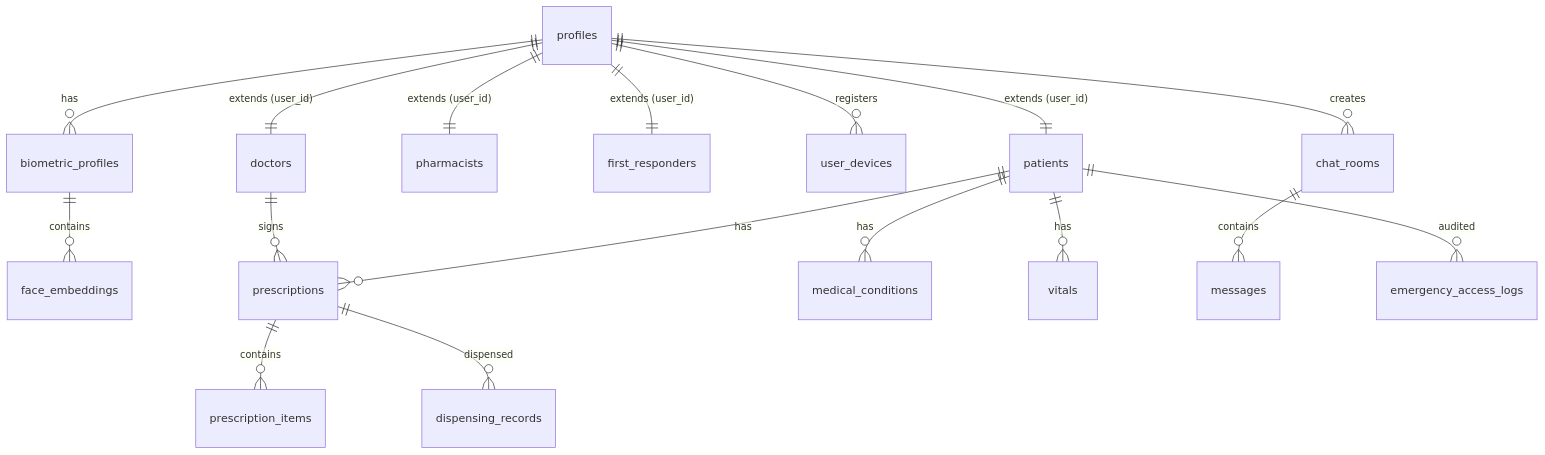
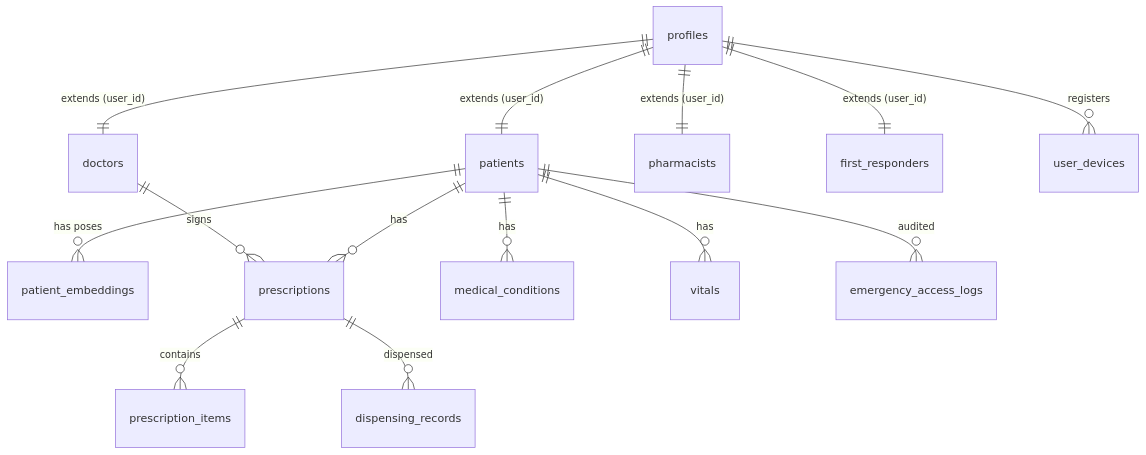
Before and after one commit to ankurrera/CareSyncMain: the diagram in docs/DATABASE.md, drawn with Mermaid. The commit also changed other lines of this file and 226 other files, not shown here.

````diff
--- a/docs/DATABASE.md
+++ b/docs/DATABASE.md
@@ -11,24 +11,20 @@
 ```mermaid
 erDiagram
     profiles ||--|| patients : "extends (user_id)"
     profiles ||--|| doctors : "extends (user_id)"
     profiles ||--|| pharmacists : "extends (user_id)"
     profiles ||--|| first_responders : "extends (user_id)"
     
     profiles ||--o{ user_devices : "registers"
-    profiles ||--o{ biometric_profiles : "has"
-    biometric_profiles ||--o{ face_embeddings : "contains"
+    patients ||--o{ patient_embeddings : "has poses"
     
     patients ||--o{ prescriptions : "has"
     doctors ||--o{ prescriptions : "signs"
     prescriptions ||--o{ prescription_items : "contains"
     prescriptions ||--o{ dispensing_records : "dispensed"
     
     patients ||--o{ medical_conditions : "has"
     patients ||--o{ vitals : "has"
     
-    profiles ||--o{ chat_rooms : "creates"
-    chat_rooms ||--o{ messages : "contains"
-    
     patients ||--o{ emergency_access_logs : "audited"
 ```
````
